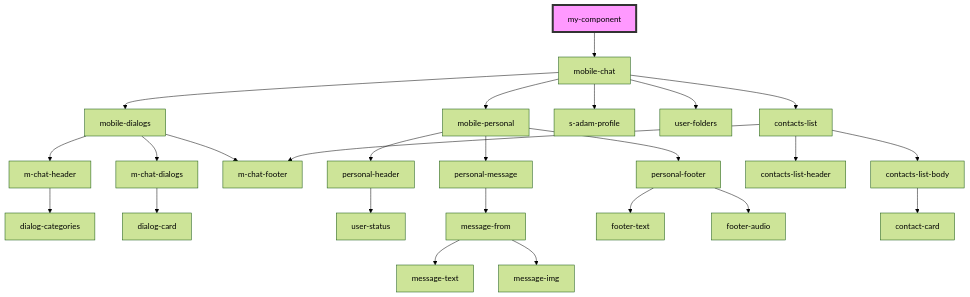
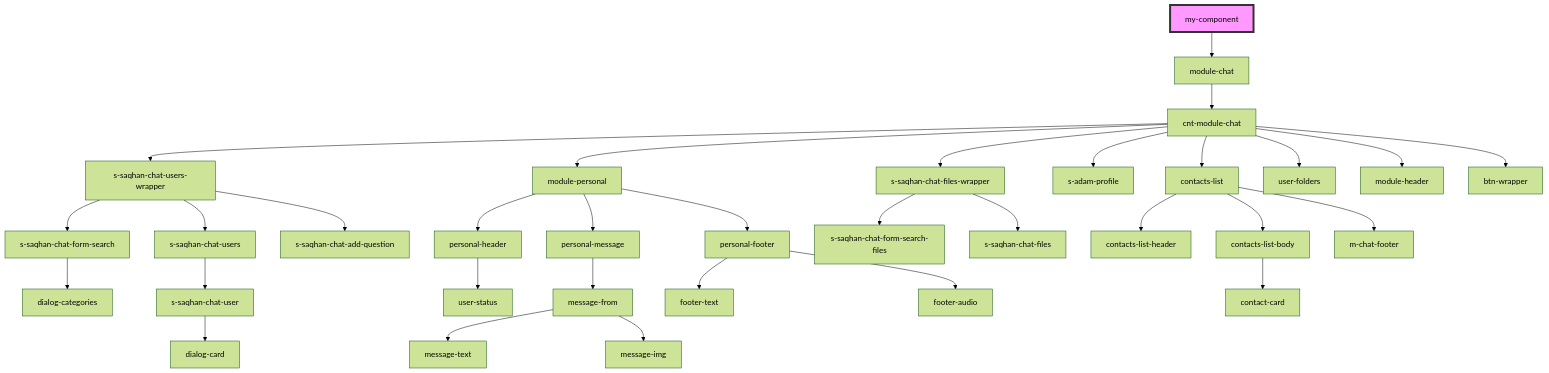
One commit to saqhan/stencil-chat changed the diagram in src/components/my-component/readme.md. Above: the diagram before and after it, drawn with Mermaid (forest theme). The commit also changed other lines of this file and 3 other files, not shown here.

````diff
--- a/src/components/my-component/readme.md
+++ b/src/components/my-component/readme.md
@@ -13,28 +13,35 @@
 ```mermaid
 graph TD;
-  my-component --> mobile-chat
-  mobile-chat --> mobile-dialogs
-  mobile-chat --> mobile-personal
-  mobile-chat --> s-adam-profile
-  mobile-chat --> user-folders
-  mobile-chat --> contacts-list
-  mobile-dialogs --> m-chat-header
-  mobile-dialogs --> m-chat-dialogs
-  mobile-dialogs --> m-chat-footer
-  m-chat-header --> dialog-categories
-  m-chat-dialogs --> dialog-card
-  mobile-personal --> personal-header
-  mobile-personal --> personal-message
-  mobile-personal --> personal-footer
+  my-component --> module-chat
+  module-chat --> cnt-module-chat
+  cnt-module-chat --> s-saqhan-chat-users-wrapper
+  cnt-module-chat --> module-personal
+  cnt-module-chat --> s-saqhan-chat-files-wrapper
+  cnt-module-chat --> s-adam-profile
+  cnt-module-chat --> contacts-list
+  cnt-module-chat --> user-folders
+  cnt-module-chat --> module-header
+  cnt-module-chat --> btn-wrapper
+  s-saqhan-chat-users-wrapper --> s-saqhan-chat-form-search
+  s-saqhan-chat-users-wrapper --> s-saqhan-chat-users
+  s-saqhan-chat-users-wrapper --> s-saqhan-chat-add-question
+  s-saqhan-chat-form-search --> dialog-categories
+  s-saqhan-chat-users --> s-saqhan-chat-user
+  s-saqhan-chat-user --> dialog-card
+  module-personal --> personal-header
+  module-personal --> personal-message
+  module-personal --> personal-footer
   personal-header --> user-status
   personal-message --> message-from
   message-from --> message-text
   message-from --> message-img
   personal-footer --> footer-text
   personal-footer --> footer-audio
+  s-saqhan-chat-files-wrapper --> s-saqhan-chat-form-search-files
+  s-saqhan-chat-files-wrapper --> s-saqhan-chat-files
   contacts-list --> contacts-list-header
   contacts-list --> contacts-list-body
   contacts-list --> m-chat-footer
   contacts-list-body --> contact-card
   style my-component fill:#f9f,stroke:#333,stroke-width:4px
 ```
````
